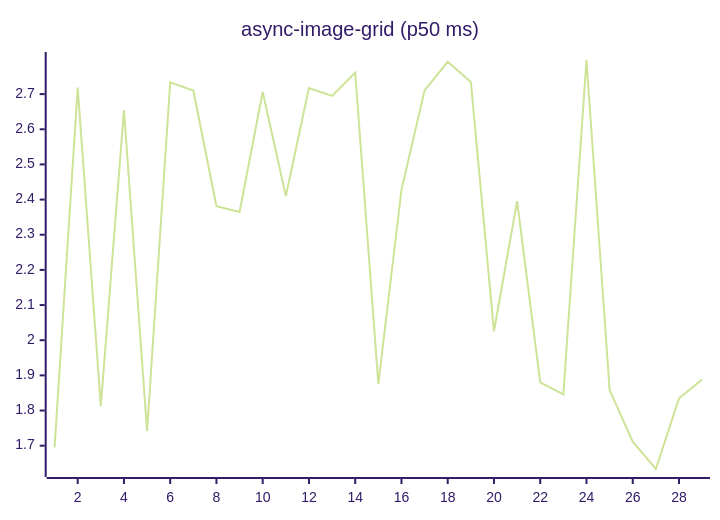
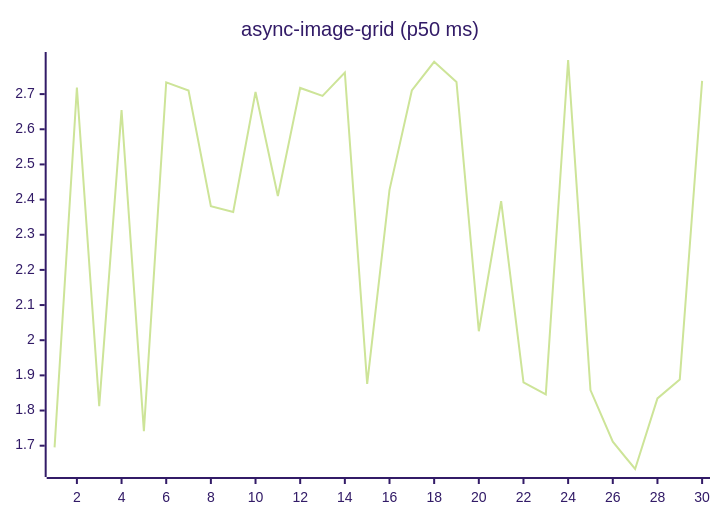
One commit to josha/Facet changed the fifth of 27 diagrams in README.md. Above: the diagram before and after it, drawn with Mermaid (forest theme). The commit also changed other lines of this file and 2 other files, not shown here.

````diff
--- a/README.md
+++ b/README.md
@@ -91,6 +91,6 @@
 ```mermaid
 xychart-beta
     title "async-image-grid (p50 ms)"
-    x-axis 1 --> 29
-    line [1.6953, 2.7184, 1.8124, 2.6543, 1.7415, 2.7336, 2.7103, 2.3810, 2.3646, 2.7059, 2.4103, 2.7175, 2.6949, 2.7614, 1.8756, 2.4277, 2.7103, 2.7919, 2.7346, 2.0254, 2.3955, 1.8801, 1.8461, 2.7970, 1.8583, 1.7113, 1.6337, 1.8346, 1.8885]
+    x-axis 1 --> 30
+    line [1.6953, 2.7184, 1.8124, 2.6543, 1.7415, 2.7336, 2.7103, 2.3810, 2.3646, 2.7059, 2.4103, 2.7175, 2.6949, 2.7614, 1.8756, 2.4277, 2.7103, 2.7919, 2.7346, 2.0254, 2.3955, 1.8801, 1.8461, 2.7970, 1.8583, 1.7113, 1.6337, 1.8346, 1.8885, 2.7375]
 ```
````
